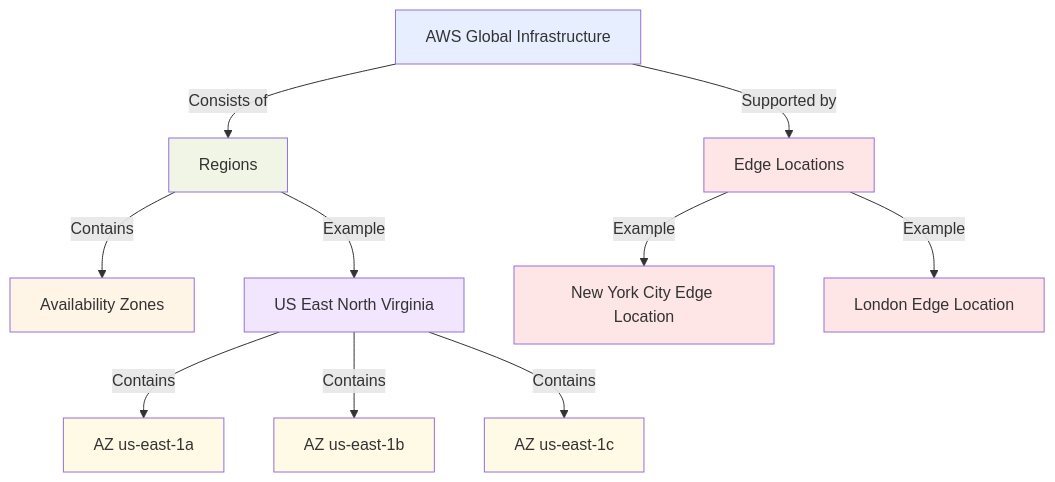
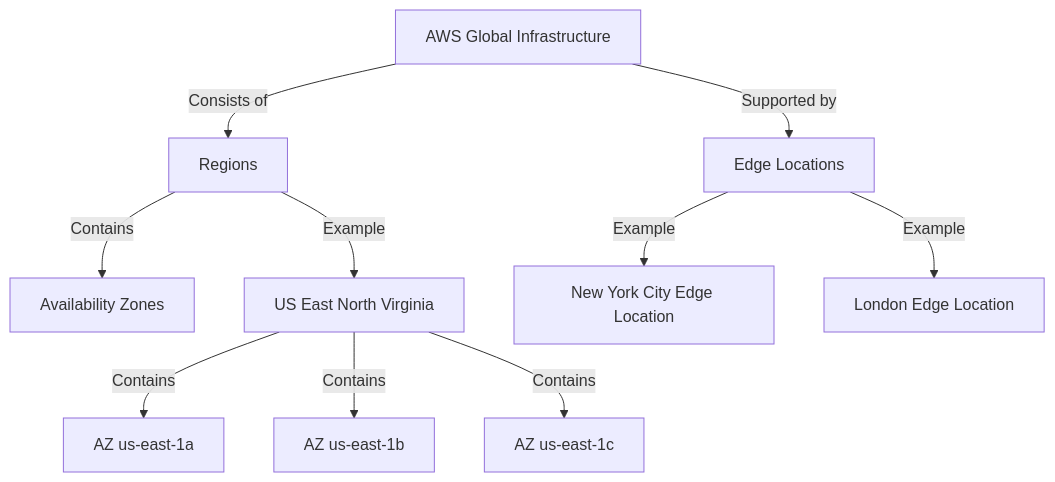
Before and after one commit to CloudCityPress/aws-aif-c01: the first of 3 diagrams in english/60_10_AWS_Global_Infrastructure.md, drawn with Mermaid. The commit also changed other lines of this file and 16 other files, not shown here.

Commit message:
updating Mermaids

````diff
--- a/english/60_10_AWS_Global_Infrastructure.md
+++ b/english/60_10_AWS_Global_Infrastructure.md
@@ -19,25 +19,14 @@
 ```mermaid
 flowchart TD
     A[AWS Global Infrastructure] -->|Consists of| B[Regions]
     B -->|Contains| C[Availability Zones]
     A -->|Supported by| D[Edge Locations]
     
     B -->|Example| E[US East North Virginia]
     E -->|Contains| F[AZ us-east-1a]
     E -->|Contains| G[AZ us-east-1b]
     E -->|Contains| H[AZ us-east-1c]
     
     D -->|Example| I[New York City Edge Location]
     D -->|Example| J[London Edge Location]
-    
-    style A fill:#e6eeff
-    style B fill:#f0f5e6
-    style C fill:#fff5e6
-    style D fill:#ffe6e6
-    style E fill:#f2e6ff
-    style F fill:#fffae6
-    style G fill:#fffae6
-    style H fill:#fffae6
-    style I fill:#ffe6e6
-    style J fill:#ffe6e6
 ```
````
